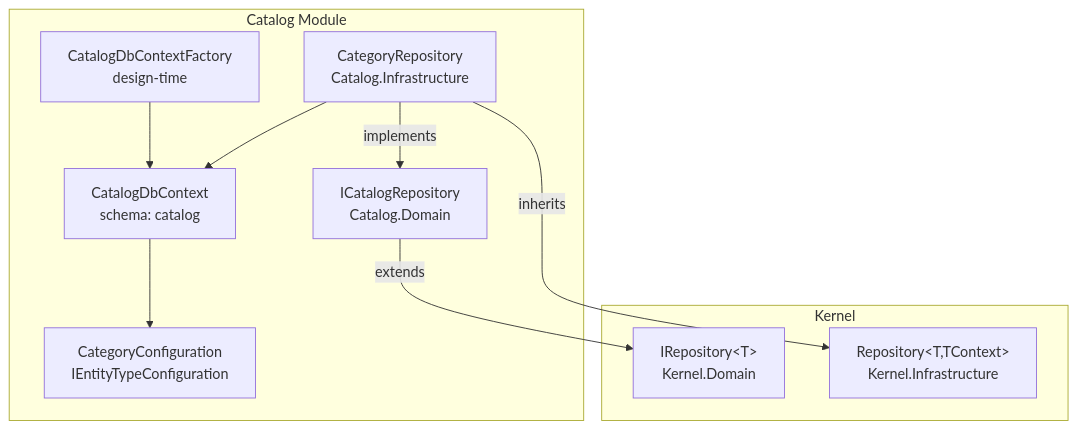
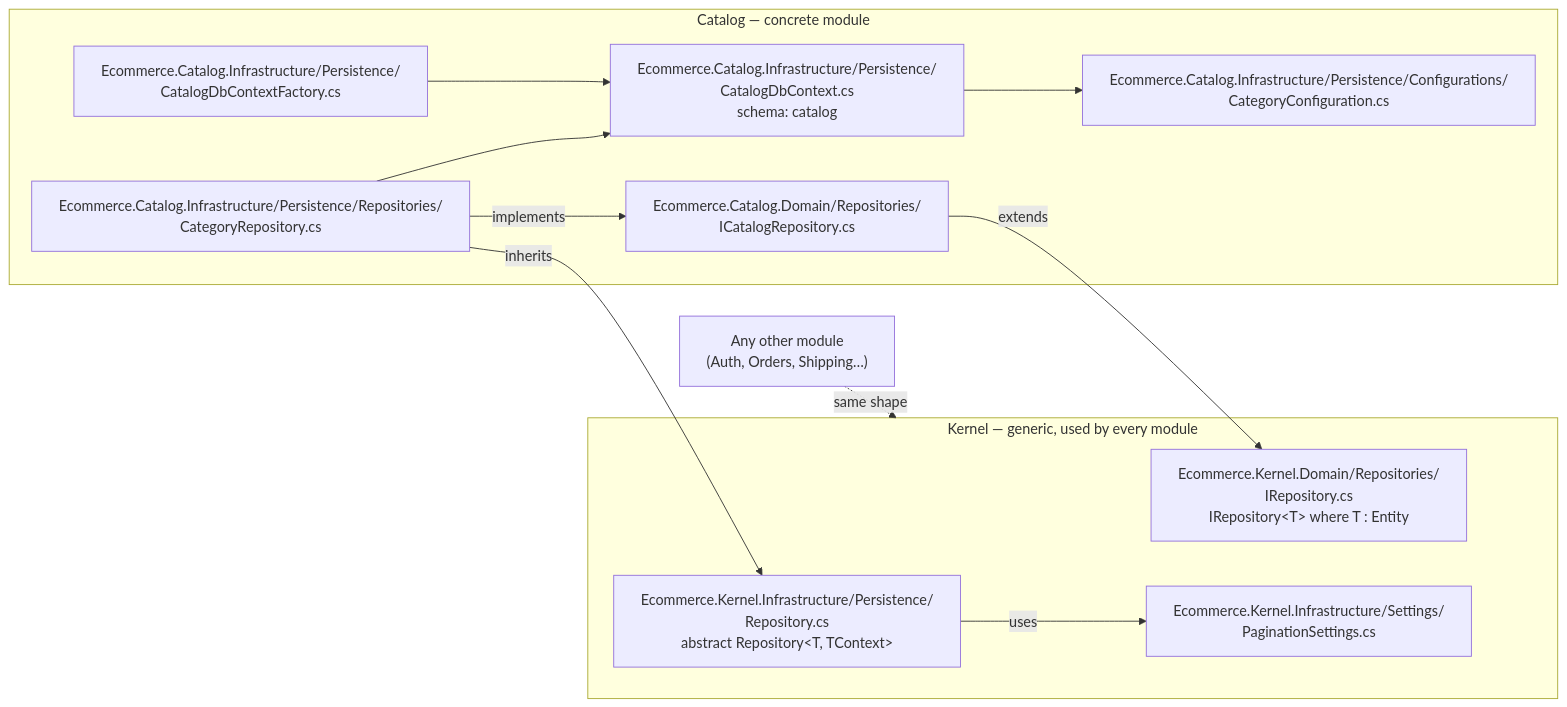
One commit to marcuscfarias/ecommerce-platform changed the third of 4 diagrams in README.md. Above: the diagram before and after it, drawn with Mermaid. The commit also changed other lines of this file, not shown here.

Commit message:
docs: reorder section 5 and refresh module diagrams

````diff
--- a/README.md
+++ b/README.md
@@ -195,20 +197,27 @@
 ```mermaid
-flowchart TB
-    subgraph Kernel
-        IRepo[IRepository&lt;T&gt;<br/>Kernel.Domain]
-        BaseRepo[Repository&lt;T,TContext&gt;<br/>Kernel.Infrastructure]
+flowchart LR
+    subgraph Kernel["Kernel — generic, used by every module"]
+        IRepo["Ecommerce.Kernel.Domain/Repositories/<br/>IRepository.cs<br/>IRepository&lt;T&gt; where T : Entity"]
+        BaseRepo["Ecommerce.Kernel.Infrastructure/Persistence/<br/>Repository.cs<br/>abstract Repository&lt;T, TContext&gt;"]
+        Pag["Ecommerce.Kernel.Infrastructure/Settings/<br/>PaginationSettings.cs"]
     end
-    subgraph CatalogModule[Catalog Module]
-        ICatRepo[ICatalogRepository<br/>Catalog.Domain]
-        CatRepo[CategoryRepository<br/>Catalog.Infrastructure]
-        Ctx[CatalogDbContext<br/>schema: catalog]
-        Factory[CatalogDbContextFactory<br/>design-time]
-        Cfg[CategoryConfiguration<br/>IEntityTypeConfiguration]
+
+    subgraph Catalog["Catalog — concrete module"]
+        ICatRepo["Ecommerce.Catalog.Domain/Repositories/<br/>ICatalogRepository.cs"]
+        CatRepo["Ecommerce.Catalog.Infrastructure/Persistence/Repositories/<br/>CategoryRepository.cs"]
+        Ctx["Ecommerce.Catalog.Infrastructure/Persistence/<br/>CatalogDbContext.cs<br/>schema: catalog"]
+        Factory["Ecommerce.Catalog.Infrastructure/Persistence/<br/>CatalogDbContextFactory.cs"]
+        Cfg["Ecommerce.Catalog.Infrastructure/Persistence/Configurations/<br/>CategoryConfiguration.cs"]
     end
+
+    OtherModule["Any other module<br/>(Auth, Orders, Shipping…)"]
+
     ICatRepo -- extends --> IRepo
     CatRepo -- inherits --> BaseRepo
     CatRepo -- implements --> ICatRepo
+    BaseRepo -- uses --> Pag
     CatRepo --> Ctx
     Factory --> Ctx
     Ctx --> Cfg
+    OtherModule -. same shape .-> Kernel
 ```
````
